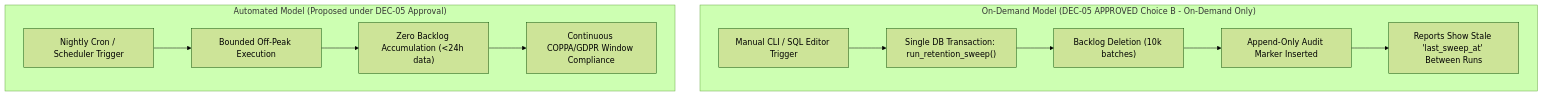
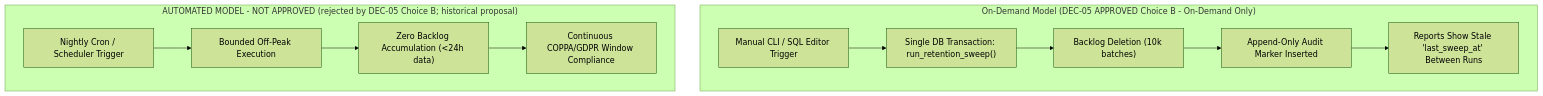
The diagram in docs/implementation/phase-9-dec05-scheduler-retention-analysis.md (Shivadatt/parental_control), drawn with Mermaid (forest theme) before and after one commit. The commit also changed other lines of this file and 20 other files, not shown here.

````diff
--- a/docs/implementation/phase-9-dec05-scheduler-retention-analysis.md
+++ b/docs/implementation/phase-9-dec05-scheduler-retention-analysis.md
@@ -53,15 +55,15 @@
 ```mermaid
 flowchart TD
     subgraph OnDemandExecution["On-Demand Model (DEC-05 APPROVED Choice B - On-Demand Only)"]
         OD1["Manual CLI / SQL Editor Trigger"] --> OD2["Single DB Transaction: run_retention_sweep()"]
         OD2 --> OD3["Backlog Deletion (10k batches)"]
         OD3 --> OD4["Append-Only Audit Marker Inserted"]
         OD4 --> OD5["Reports Show Stale 'last_sweep_at' Between Runs"]
     end
 
-    subgraph AutomatedExecution["Automated Model (Proposed under DEC-05 Approval)"]
+    subgraph AutomatedExecution["AUTOMATED MODEL - NOT APPROVED (rejected by DEC-05 Choice B; historical proposal)"]
         AU1["Nightly Cron / Scheduler Trigger"] --> AU2["Bounded Off-Peak Execution"]
         AU2 --> AU3["Zero Backlog Accumulation (<24h data)"]
         AU3 --> AU4["Continuous COPPA/GDPR Window Compliance"]
     end
 ```
````
